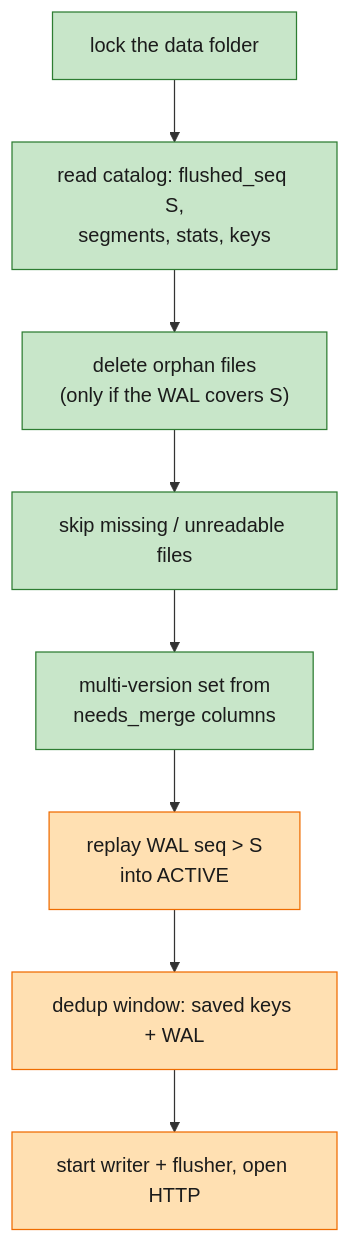
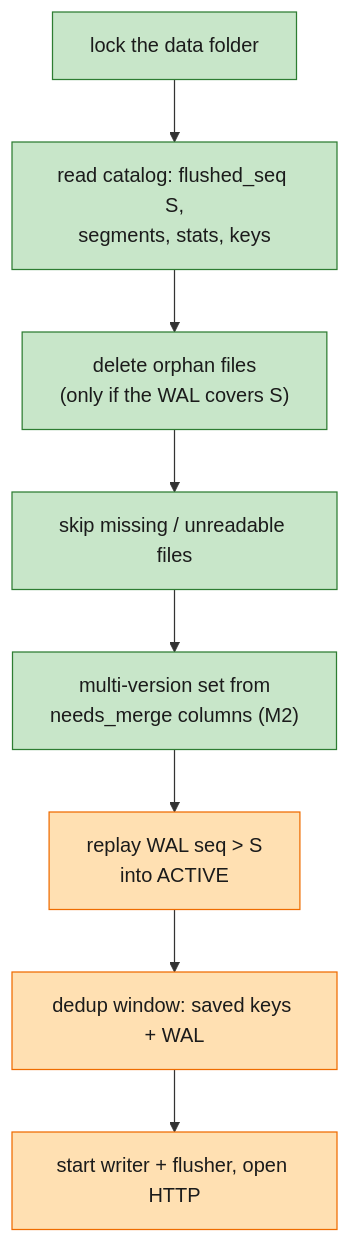
Before and after one commit to liukai/smithling: the ninth of 10 diagrams in specs/002-m2-durable-storage-query-builder/starter-guide.md, drawn with Mermaid. The commit also changed other lines of this file and 27 other files, not shown here.

````diff
--- a/specs/002-m2-durable-storage-query-builder/starter-guide.md
+++ b/specs/002-m2-durable-storage-query-builder/starter-guide.md
@@ -311,15 +317,15 @@
 ```mermaid
 flowchart TB
     L["lock the data folder"]:::new
     C["read catalog: flushed_seq S,<br/>segments, stats, keys"]:::new
     O["delete orphan files<br/>(only if the WAL covers S)"]:::new
     X["skip missing / unreadable files"]:::new
-    MV["multi-version set from<br/>needs_merge columns"]:::new
+    MV["multi-version set from<br/>needs_merge columns (M2)"]:::new
     RP["replay WAL seq > S<br/>into ACTIVE"]:::revised
     DD["dedup window: saved keys + WAL"]:::revised
     GO["start writer + flusher, open HTTP"]:::revised
     L --> C --> O --> X --> MV --> RP --> DD --> GO
     classDef new fill:#c8e6c9,stroke:#2e7d32,color:#1b1b1b
     classDef revised fill:#ffe0b2,stroke:#ef6c00,color:#1b1b1b
     classDef old fill:#eeeeee,stroke:#9e9e9e,color:#1b1b1b
 ```
````
